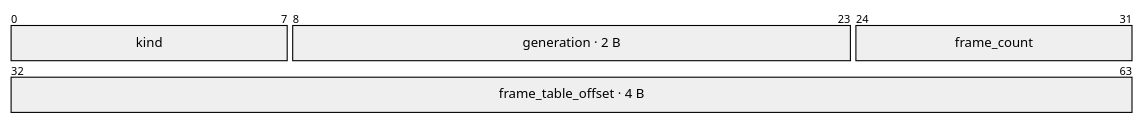
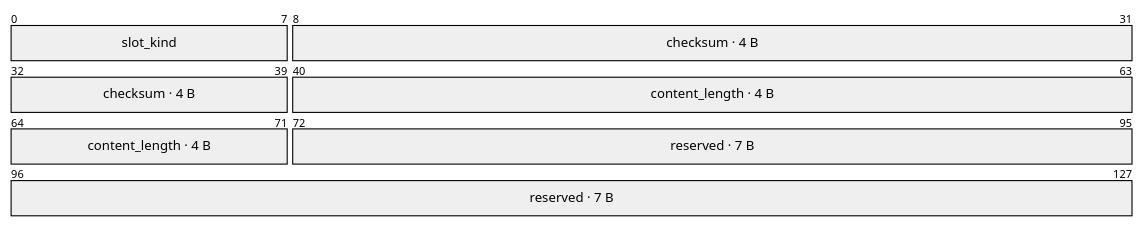
The third of 3 diagrams in docs/architecture/py_core/storage/pack-format.md (HanYang06/Cairn), drawn with Mermaid before and after one commit. The commit also changed other lines of this file and 20 other files, not shown here.

````diff
--- a/docs/architecture/py_core/storage/pack-format.md
+++ b/docs/architecture/py_core/storage/pack-format.md
@@ -53,7 +62,7 @@
 ```mermaid
 packet-beta
-0-7: "kind"
-8-23: "generation · 2 B"
-24-31: "frame_count"
-32-63: "frame_table_offset · 4 B"
+0-7: "slot_kind"
+8-39: "checksum · 4 B"
+40-71: "content_length · 4 B"
+72-127: "reserved · 7 B"
 ```
````
